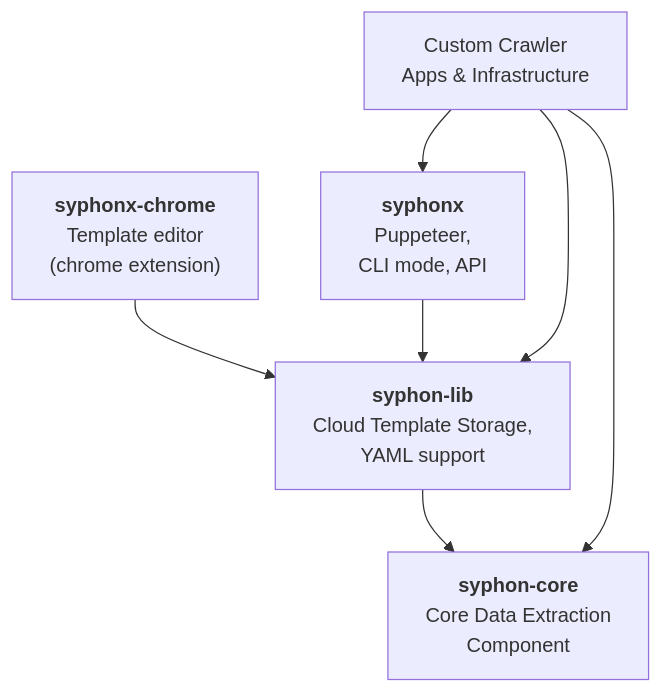
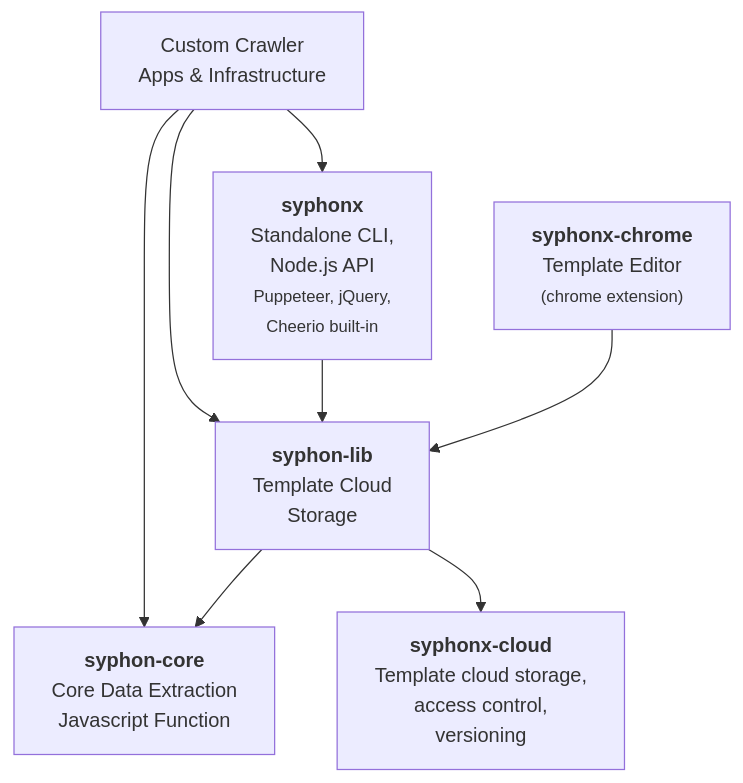
The first of 3 diagrams in documentation/devnotes.md (dtempx/syphonx-chrome), drawn with Mermaid before and after one commit. The commit also changed other lines of this file, not shown here.

````diff
--- a/documentation/devnotes.md
+++ b/documentation/devnotes.md
@@ -5,14 +3,16 @@
 ```mermaid
 graph TD
-    syphonx-core["<b>syphon-core</b><br>Core Data Extraction<br>Component"]
-    syphonx-lib["<b>syphon-lib</b><br>Cloud Template Storage,<br>YAML support"]
-    syphonx-chrome["<b>syphonx-chrome</b><br>Template editor<br>(chrome extension)"]
-    syphonx["<b>syphonx</b><br>Puppeteer,<br>CLI mode, API"]
+    syphonx-core["<b>syphon-core</b><br>Core Data Extraction<br>Javascript Function"]
+    syphonx-lib["<b>syphon-lib</b><br>Template Cloud<br>Storage"]
+    syphonx-chrome["<b>syphonx-chrome</b><br>Template Editor<br><small>(chrome extension)</small>"]
+    syphonx-cloud["<b>syphonx-cloud</b><br>Template cloud storage,<br>access control,<br>versioning"]
+    syphonx["<b>syphonx</b><br>Standalone CLI,<br>Node.js API<br><small>Puppeteer, jQuery,<br>Cheerio built-in</small>"]
     app["Custom Crawler<br>Apps & Infrastructure"]
     syphonx-lib-->syphonx-core
+    syphonx-lib-->syphonx-cloud
     syphonx-chrome-->syphonx-lib
     syphonx-->syphonx-lib
     app-->syphonx
     app-->syphonx-lib
     app-->syphonx-core
 ```
````
